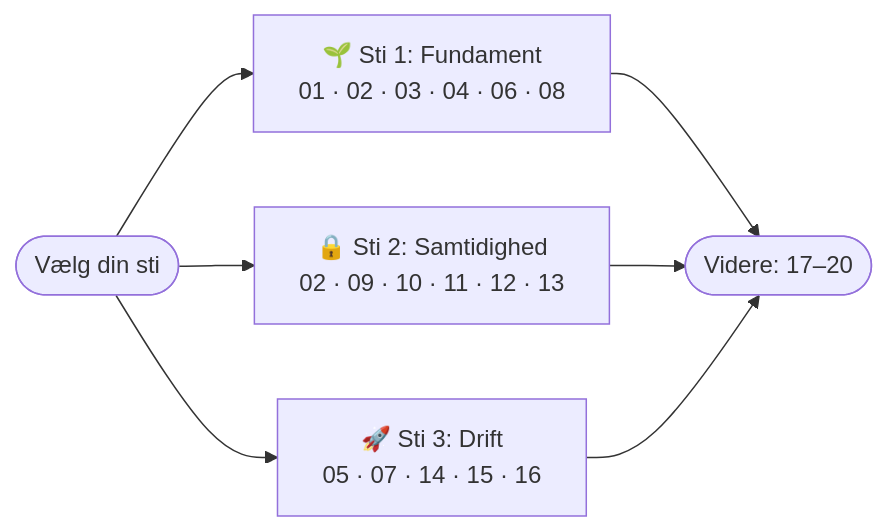
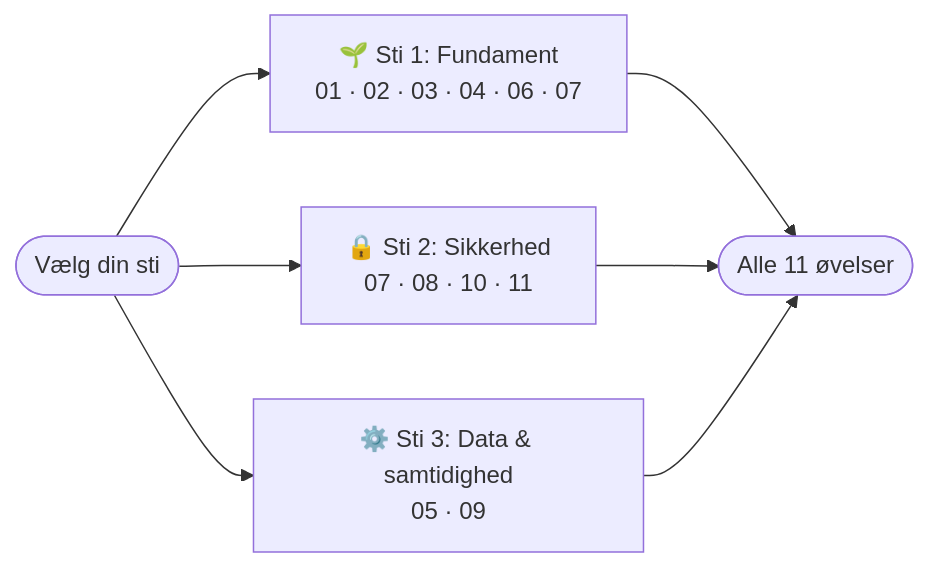
Before and after one commit to andracs/postgres-sec-exercises: the diagram in README.md, drawn with Mermaid. The commit also changed other lines of this file and 74 other files, not shown here.

````diff
--- a/README.md
+++ b/README.md
@@ -38,9 +29,9 @@
 ```mermaid
 flowchart LR
-    Start([Vælg din sti]) --> P1["🌱 Sti 1: Fundament<br/>01 · 02 · 03 · 04 · 06 · 08"]
-    Start --> P2["🔒 Sti 2: Samtidighed<br/>02 · 09 · 10 · 11 · 12 · 13"]
-    Start --> P3["🚀 Sti 3: Drift<br/>05 · 07 · 14 · 15 · 16"]
-    P1 --> Done([Videre: 17–20])
+    Start([Vælg din sti]) --> P1["🌱 Sti 1: Fundament<br/>01 · 02 · 03 · 04 · 06 · 07"]
+    Start --> P2["🔒 Sti 2: Sikkerhed<br/>07 · 08 · 10 · 11"]
+    Start --> P3["⚙️ Sti 3: Data & samtidighed<br/>05 · 09"]
+    P1 --> Done([Alle 11 øvelser])
     P2 --> Done
     P3 --> Done
 ```
````
